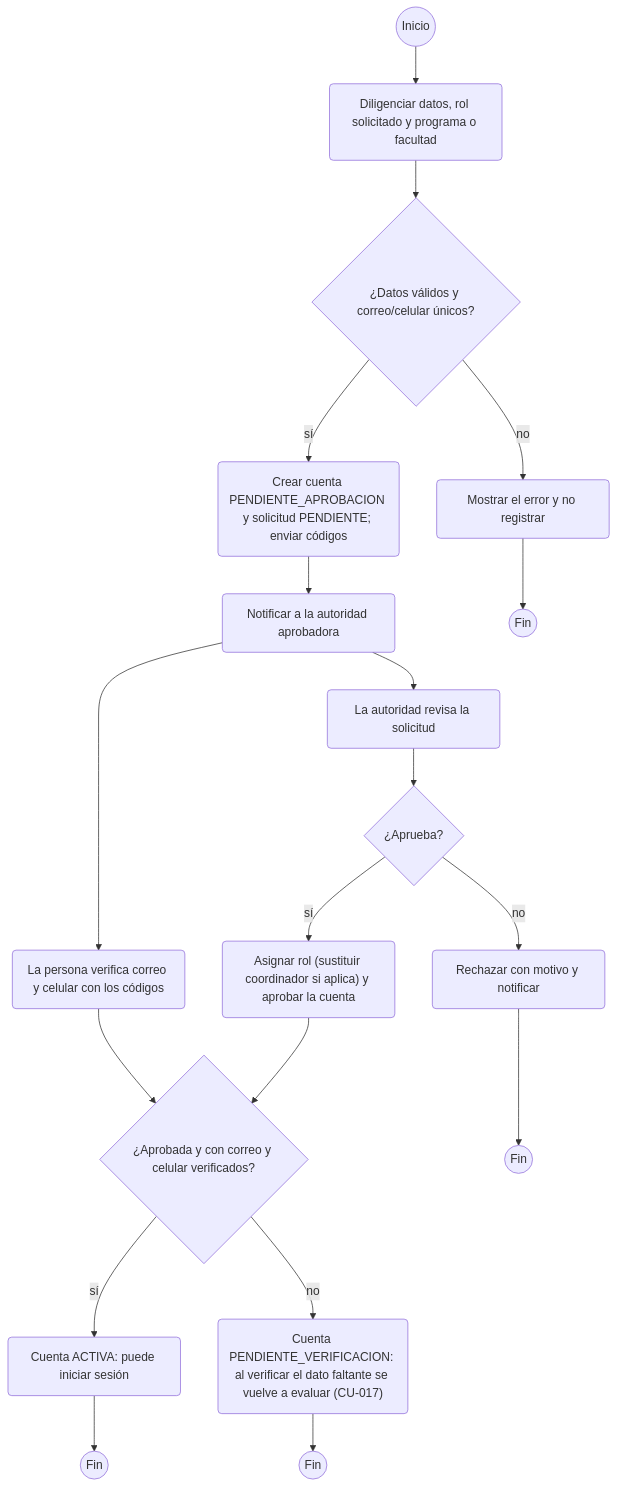
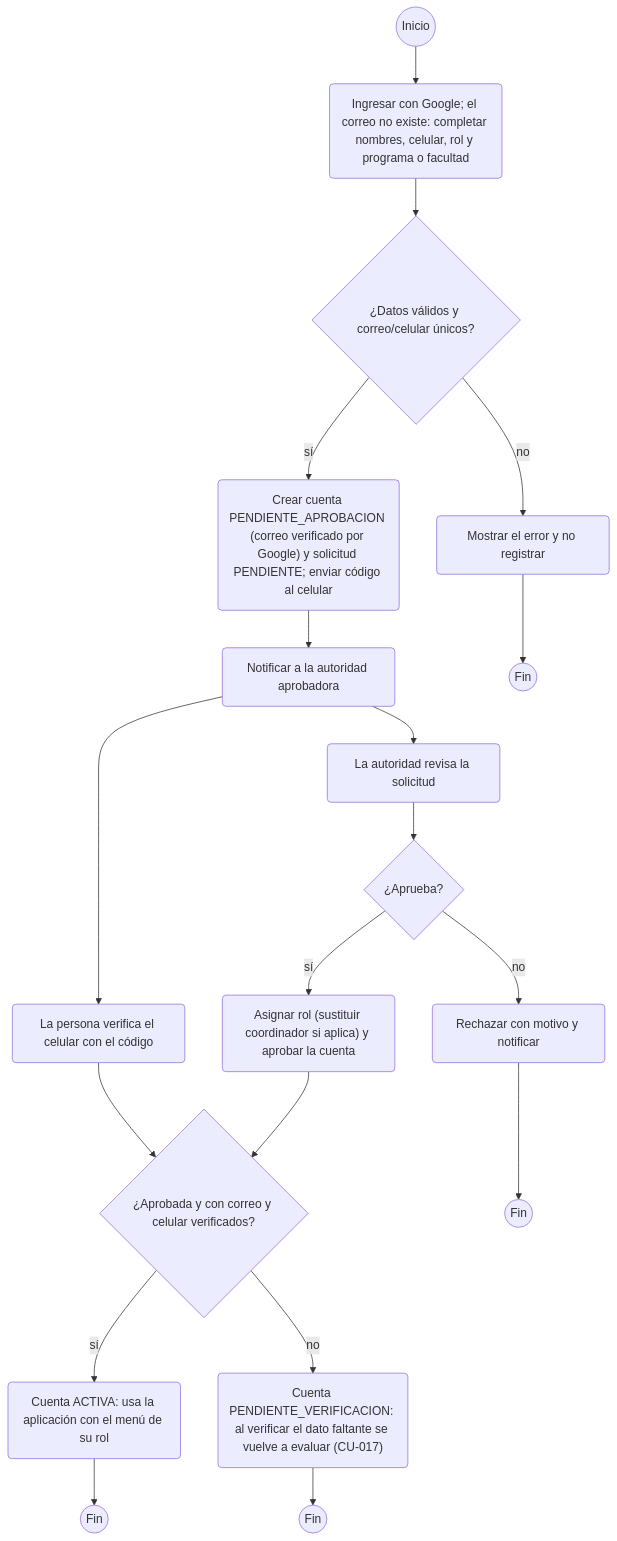
One commit to JaiderSoto07/kudos-backend changed the seventh of 14 diagrams in documentacion/docs/06-diagramas-comportamiento/README.md. Above: the diagram before and after it, drawn with Mermaid. The commit also changed other lines of this file and 143 other files, not shown here.

Commit message:
consulta de auditoría por ámbito y notificaciones con lectura

````diff
--- a/documentacion/docs/06-diagramas-comportamiento/README.md
+++ b/documentacion/docs/06-diagramas-comportamiento/README.md
@@ -173,39 +173,39 @@
 ```mermaid
 flowchart TD
     i((Inicio))
-    a1("Diligenciar datos, rol solicitado y programa o facultad")
+    a1("Ingresar con Google; el correo no existe: completar nombres, celular, rol y programa o facultad")
     d1{"¿Datos válidos y correo/celular únicos?"}
     a2("Mostrar el error y no registrar")
-    a3("Crear cuenta PENDIENTE_APROBACION y solicitud PENDIENTE; enviar códigos")
+    a3("Crear cuenta PENDIENTE_APROBACION (correo verificado por Google) y solicitud PENDIENTE; enviar código al celular")
     a4("Notificar a la autoridad aprobadora")
-    a5("La persona verifica correo y celular con los códigos")
+    a5("La persona verifica el celular con el código")
     a6("La autoridad revisa la solicitud")
     d2{"¿Aprueba?"}
     a7("Rechazar con motivo y notificar")
     a8("Asignar rol (sustituir coordinador si aplica) y aprobar la cuenta")
     d3{"¿Aprobada y con correo y celular verificados?"}
-    a9("Cuenta ACTIVA: puede iniciar sesión")
+    a9("Cuenta ACTIVA: usa la aplicación con el menú de su rol")
     a10("Cuenta PENDIENTE_VERIFICACION: al verificar el dato faltante se vuelve a evaluar (CU-017)")
     f((Fin))
     f2((Fin))
     f3((Fin))
     f4((Fin))
     i --> a1
     a1 --> d1
     d1 -->|no| a2
     a2 --> f2
     d1 -->|sí| a3
     a3 --> a4
     a4 --> a5
     a4 --> a6
     a6 --> d2
     d2 -->|no| a7
     a7 --> f3
     d2 -->|sí| a8
     a8 --> d3
     a5 --> d3
     d3 -->|sí| a9
     d3 -->|no| a10
     a10 --> f4
     a9 --> f
 ```
````
